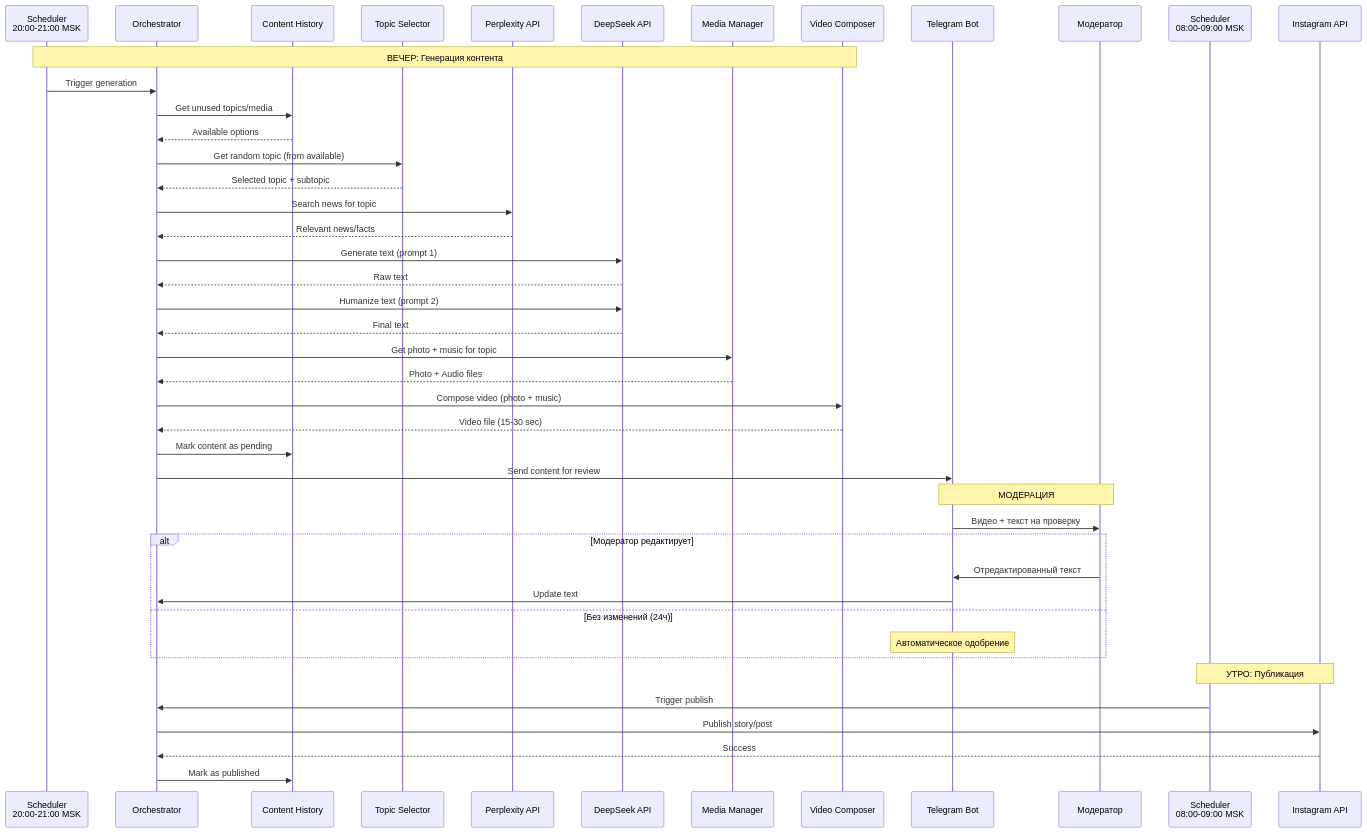
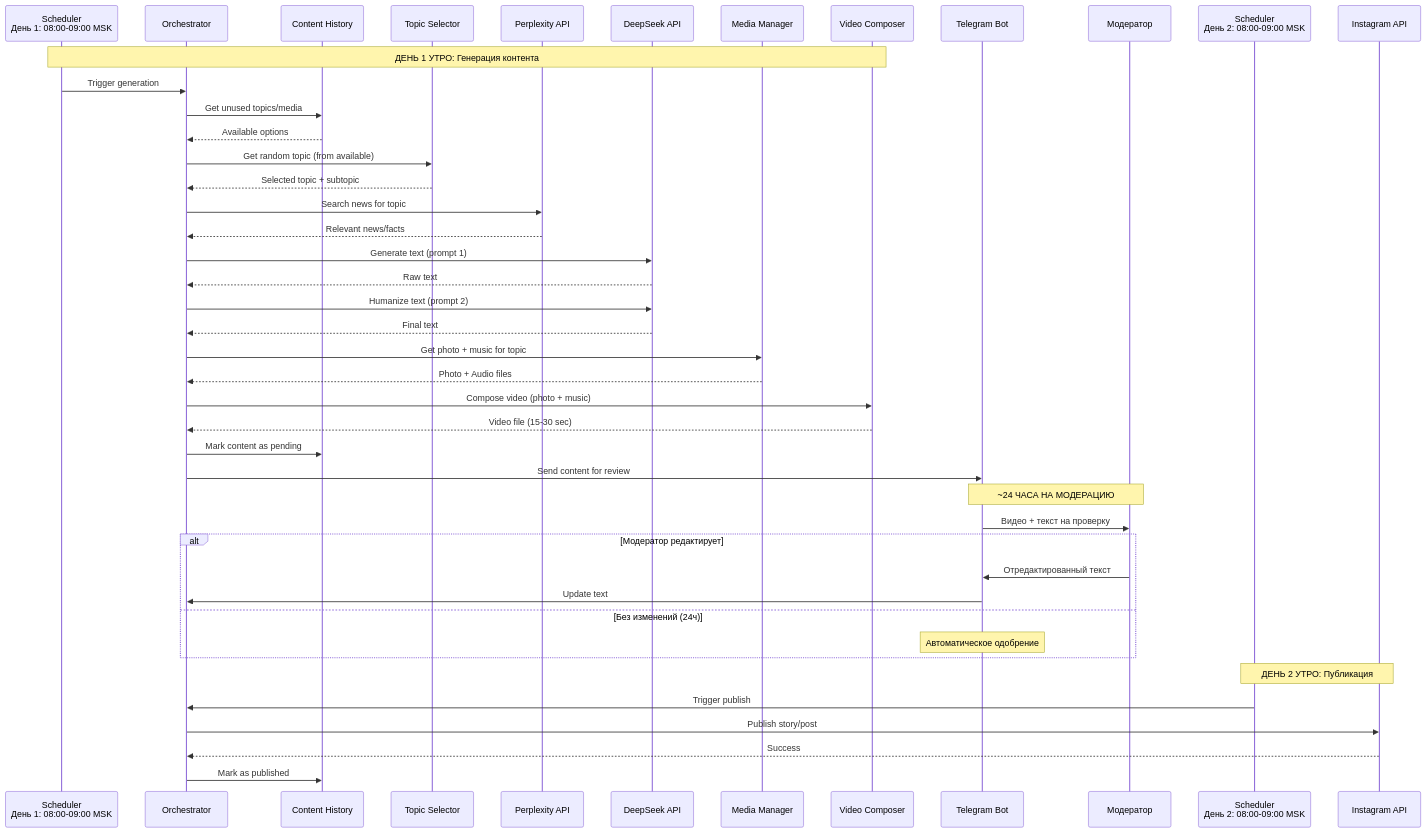
One commit to aozhuravlev/--TOURS-- changed the second of 4 diagrams in docs/PROJECT_PLAN.md. Above: the diagram before and after it, drawn with Mermaid. The commit also changed other lines of this file, not shown here.

First line of the commit message:
Update workflow: generate morning → 24h moderation → publish next morning

````diff
--- a/docs/PROJECT_PLAN.md
+++ b/docs/PROJECT_PLAN.md
@@ -59,60 +59,60 @@
 ```mermaid
 sequenceDiagram
-    participant CronEve as Scheduler<br/>20:00-21:00 MSK
+    participant CronGen as Scheduler<br/>День 1: 08:00-09:00 MSK
     participant Orch as Orchestrator
     participant History as Content History
     participant Topics as Topic Selector
     participant News as Perplexity API
     participant Text as DeepSeek API
     participant Media as Media Manager
     participant Video as Video Composer
     participant TG as Telegram Bot
     participant Mod as Модератор
-    participant CronMorn as Scheduler<br/>08:00-09:00 MSK
+    participant CronPub as Scheduler<br/>День 2: 08:00-09:00 MSK
     participant IG as Instagram API
 
-    Note over CronEve,Video: ВЕЧЕР: Генерация контента
+    Note over CronGen,Video: ДЕНЬ 1 УТРО: Генерация контента
 
-    CronEve->>Orch: Trigger generation
+    CronGen->>Orch: Trigger generation
     Orch->>History: Get unused topics/media
     History-->>Orch: Available options
 
     Orch->>Topics: Get random topic (from available)
     Topics-->>Orch: Selected topic + subtopic
 
     Orch->>News: Search news for topic
     News-->>Orch: Relevant news/facts
 
     Orch->>Text: Generate text (prompt 1)
     Text-->>Orch: Raw text
 
     Orch->>Text: Humanize text (prompt 2)
     Text-->>Orch: Final text
 
     Orch->>Media: Get photo + music for topic
     Media-->>Orch: Photo + Audio files
 
     Orch->>Video: Compose video (photo + music)
     Video-->>Orch: Video file (15-30 sec)
 
     Orch->>History: Mark content as pending
     Orch->>TG: Send content for review
 
-    Note over TG,Mod: МОДЕРАЦИЯ
+    Note over TG,Mod: ~24 ЧАСА НА МОДЕРАЦИЮ
 
     TG->>Mod: Видео + текст на проверку
 
     alt Модератор редактирует
         Mod->>TG: Отредактированный текст
         TG->>Orch: Update text
     else Без изменений (24ч)
         Note over TG: Автоматическое одобрение
     end
 
-    Note over CronMorn,IG: УТРО: Публикация
+    Note over CronPub,IG: ДЕНЬ 2 УТРО: Публикация
 
-    CronMorn->>Orch: Trigger publish
+    CronPub->>Orch: Trigger publish
     Orch->>IG: Publish story/post
     IG-->>Orch: Success
     Orch->>History: Mark as published
 ```
````
